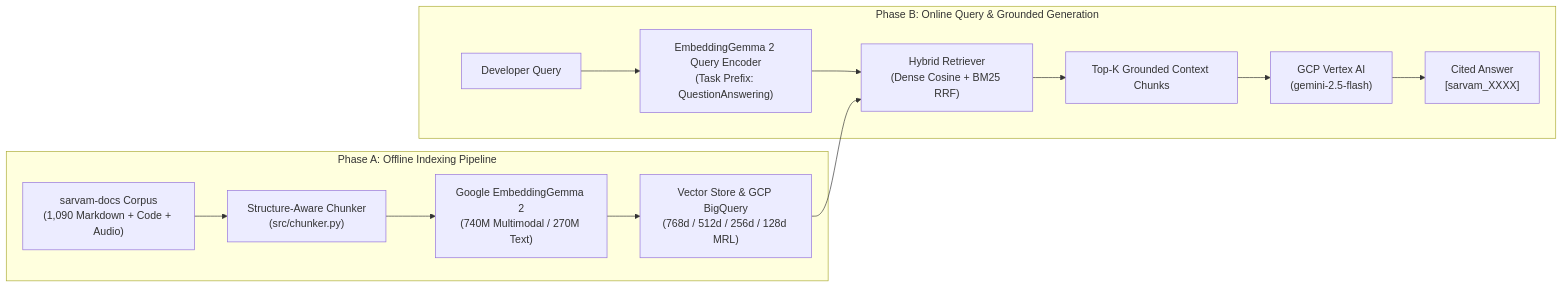
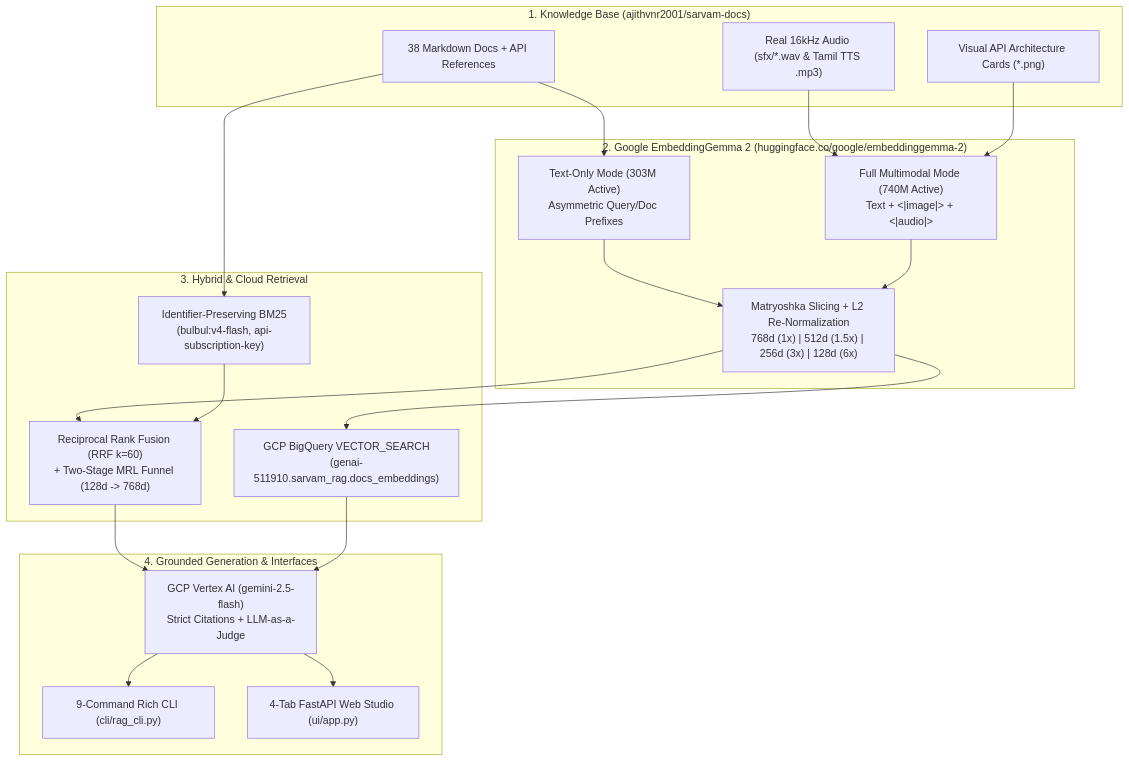
Before and after one commit to ajithvnr2001/sarvam-docs: the diagram in rag-embeddinggemma2-course/course/01_beginner_foundations.md, drawn with Mermaid. The commit also changed other lines of this file and 14 other files, not shown here.

Commit message:
Fix all GFM/KaTeX/Mermaid lint issues & upgrade all 11 RAG course modules to MIT-Professor 4-pillar standard

````diff
--- a/rag-embeddinggemma2-course/course/01_beginner_foundations.md
+++ b/rag-embeddinggemma2-course/course/01_beginner_foundations.md
@@ -18,17 +133,36 @@
 ```mermaid
-flowchart LR
-    subgraph Offline["Phase A: Offline Indexing Pipeline"]
-        D["sarvam-docs Corpus\n(1,090 Markdown + Code + Audio)"] --> C["Structure-Aware Chunker\n(src/chunker.py)"]
-        C --> E["Google EmbeddingGemma 2\n(740M Multimodal / 270M Text)"]
-        E --> V["Vector Store & GCP BigQuery\n(768d / 512d / 256d / 128d MRL)"]
+flowchart TB
+    subgraph Corpus["1. Knowledge Base (ajithvnr2001/sarvam-docs)"]
+        MD["38 Markdown Docs + API References"]
+        AUD["Real 16kHz Audio (sfx/*.wav & Tamil TTS .mp3)"]
+        IMG["Visual API Architecture Cards (*.png)"]
     end
 
-    subgraph Online["Phase B: Online Query & Grounded Generation"]
-        Q["Developer Query"] --> QE["EmbeddingGemma 2 Query Encoder\n(Task Prefix: QuestionAnswering)"]
-        QE --> R["Hybrid Retriever\n(Dense Cosine + BM25 RRF)"]
-        V --> R
-        R --> TopK["Top-K Grounded Context Chunks"]
-        TopK --> LLM["GCP Vertex AI\n(gemini-2.5-flash)"]
-        LLM --> Ans["Cited Answer\n[sarvam_XXXX]"]
+    subgraph Embed["2. Google EmbeddingGemma 2 (huggingface.co/google/embeddinggemma-2)"]
+        T270["Text-Only Mode (303M Active)<br/>Asymmetric Query/Doc Prefixes"]
+        M740["Full Multimodal Mode (740M Active)<br/>Text + <|image|> + <|audio|>"]
+        MRL["Matryoshka Slicing + L2 Re-Normalization<br/>768d (1x) | 512d (1.5x) | 256d (3x) | 128d (6x)"]
     end
+
+    subgraph Retrieval["3. Hybrid & Cloud Retrieval"]
+        BM25["Identifier-Preserving BM25<br/>(bulbul:v4-flash, api-subscription-key)"]
+        RRF["Reciprocal Rank Fusion (RRF k=60)<br/>+ Two-Stage MRL Funnel (128d -> 768d)"]
+        BQ["GCP BigQuery VECTOR_SEARCH<br/>(genai-511910.sarvam_rag.docs_embeddings)"]
+    end
+
+    subgraph Gen["4. Grounded Generation & Interfaces"]
+        VAI["GCP Vertex AI (gemini-2.5-flash)<br/>Strict Citations + LLM-as-a-Judge"]
+        CLI["9-Command Rich CLI (cli/rag_cli.py)"]
+        UI["4-Tab FastAPI Web Studio (ui/app.py)"]
+    end
+
+    MD --> T270
+    MD --> BM25
+    AUD & IMG --> M740
+    T270 & M740 --> MRL
+    MRL --> RRF
+    BM25 --> RRF
+    MRL --> BQ
+    RRF & BQ --> VAI
+    VAI --> CLI & UI
 ```
````
